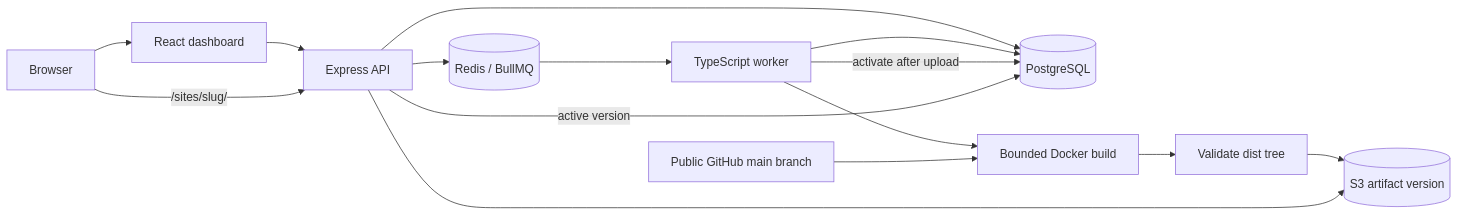
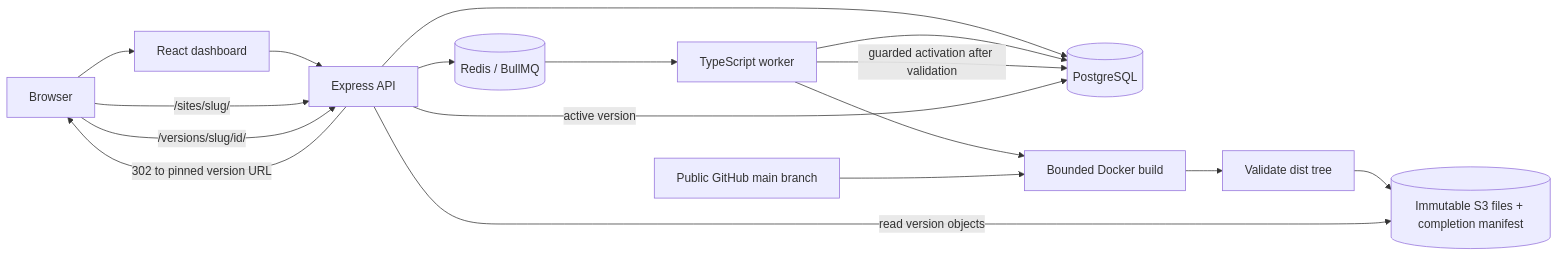
The diagram in docs/ARCHITECTURE.md (samir-sah/shipyard), drawn with Mermaid before and after one commit. The commit also changed other lines of this file and 21 other files, not shown here.

Commit message:
feat: add immutable versions and guarded rollback

````diff
--- a/docs/ARCHITECTURE.md
+++ b/docs/ARCHITECTURE.md
@@ -3,17 +3,19 @@
 ```mermaid
 flowchart LR
   User[Browser] --> Dashboard[React dashboard]
   Dashboard --> API[Express API]
   API --> PG[(PostgreSQL)]
   API --> Queue[(Redis / BullMQ)]
   Queue --> Worker[TypeScript worker]
   Worker --> PG
   Worker --> Builder[Bounded Docker build]
   Git[Public GitHub main branch] --> Builder
   Builder --> Validate[Validate dist tree]
-  Validate --> S3[(S3 artifact version)]
-  Worker -->|activate after upload| PG
+  Validate --> S3[(Immutable S3 files + completion manifest)]
+  Worker -->|guarded activation after validation| PG
   User -->|/sites/slug/| API
   API -->|active version| PG
-  API --> S3
+  API -->|302 to pinned version URL| User
+  User -->|/versions/slug/id/| API
+  API -->|read version objects| S3
 ```
````
